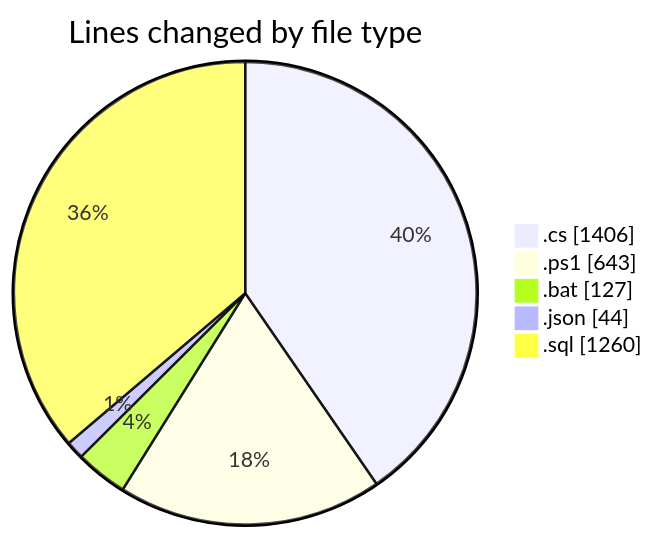
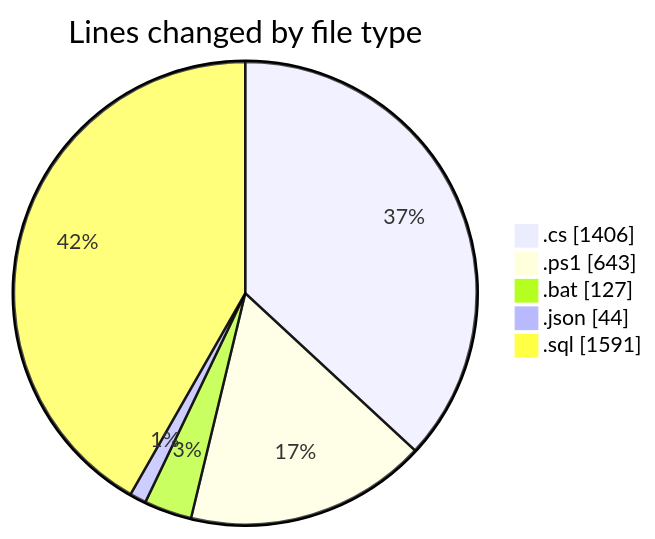
Before and after one commit to lephambinh05/code-tracking: the first of 2 diagrams in 2025-07-28/quanlyrapchieuphim-2/README.md, drawn with Mermaid. The commit also changed other lines of this file and 1 other file, not shown here.

````diff
--- a/2025-07-28/quanlyrapchieuphim-2/README.md
+++ b/2025-07-28/quanlyrapchieuphim-2/README.md
@@ -38,9 +39,9 @@
 ```mermaid
 pie showData
 title Lines changed by file type
 ".cs" : 1406
 ".ps1" : 643
 ".bat" : 127
 ".json" : 44
-".sql" : 1260
+".sql" : 1591
 ```
````
